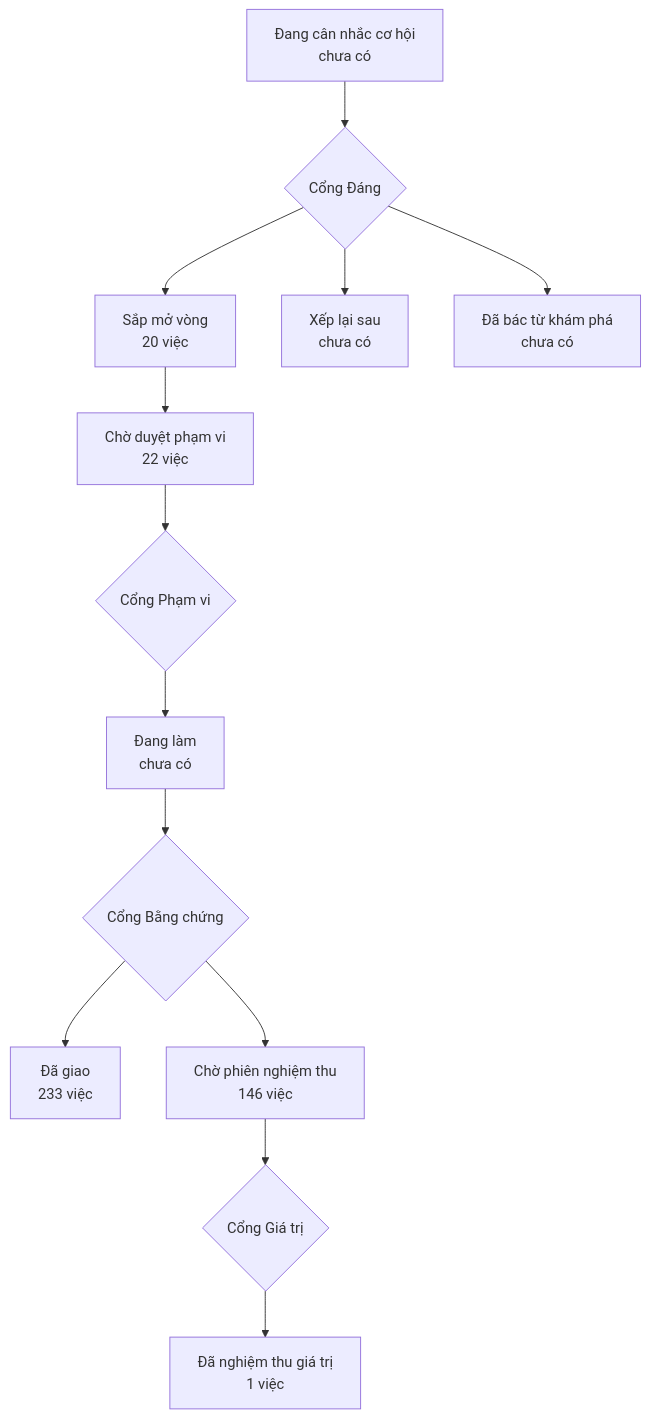
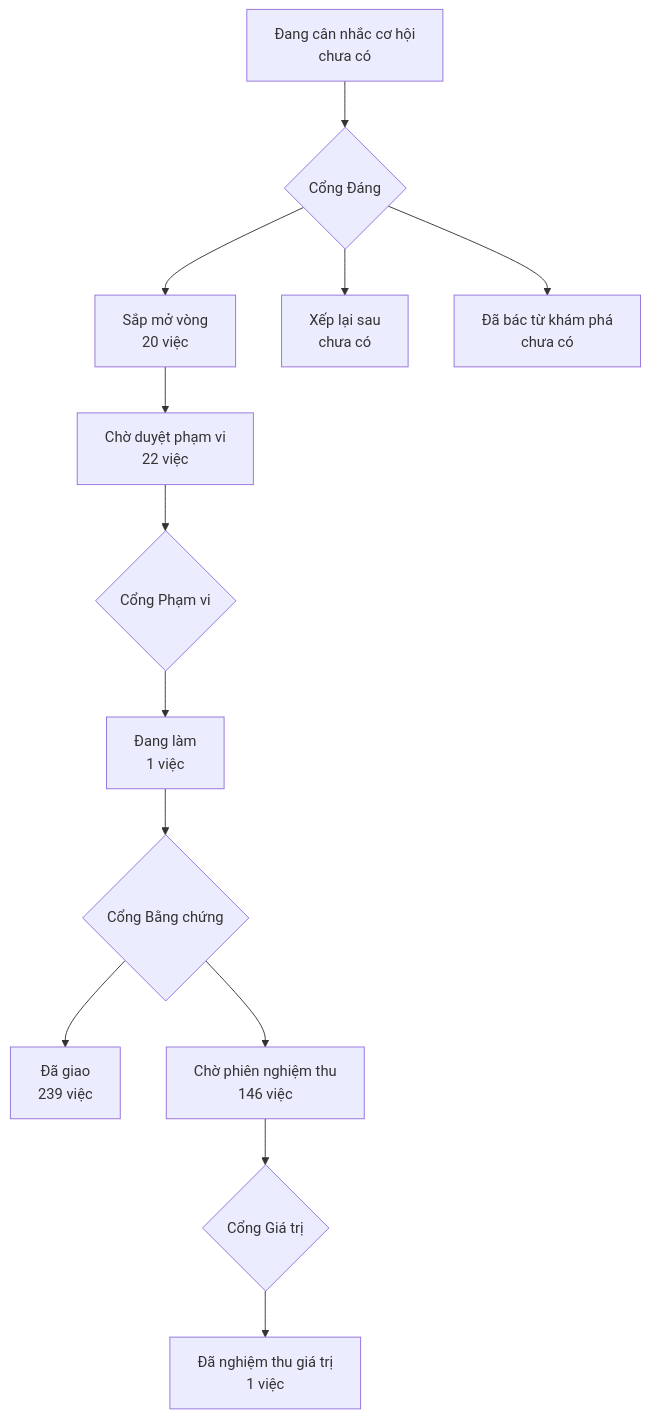
One commit to phanlemanh/onehub-invest changed the diagram in PRODUCT-MAP.md. Above: the diagram before and after it, drawn with Mermaid. The commit also changed other lines of this file and 1 other file, not shown here.

````diff
--- a/PRODUCT-MAP.md
+++ b/PRODUCT-MAP.md
@@ -7,12 +7,12 @@
 ```mermaid
 flowchart TD
   A["Đang cân nhắc cơ hội<br/>chưa có"] --> GD{"Cổng Đáng"}
   GD --> B["Sắp mở vòng<br/>20 việc"]
   GD --> XL["Xếp lại sau<br/>chưa có"]
   GD --> DB["Đã bác từ khám phá<br/>chưa có"]
   B --> CD["Chờ duyệt phạm vi<br/>22 việc"] --> GP{"Cổng Phạm vi"}
-  GP --> DL["Đang làm<br/>chưa có"] --> GB{"Cổng Bằng chứng"}
-  GB --> DG["Đã giao<br/>233 việc"]
+  GP --> DL["Đang làm<br/>1 việc"] --> GB{"Cổng Bằng chứng"}
+  GB --> DG["Đã giao<br/>239 việc"]
   GB --> CN["Chờ phiên nghiệm thu<br/>146 việc"] --> GG{"Cổng Giá trị"}
   GG --> NT["Đã nghiệm thu giá trị<br/>1 việc"]
 ```
````
